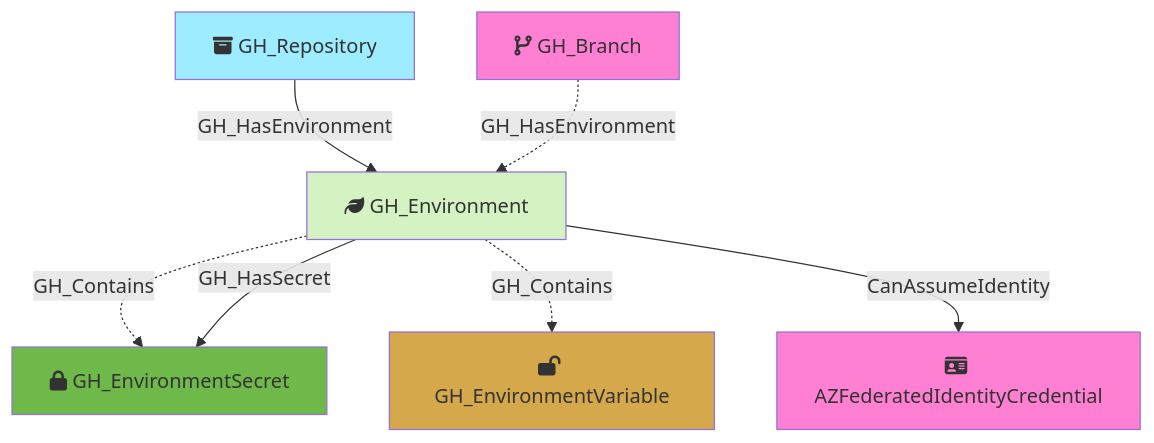
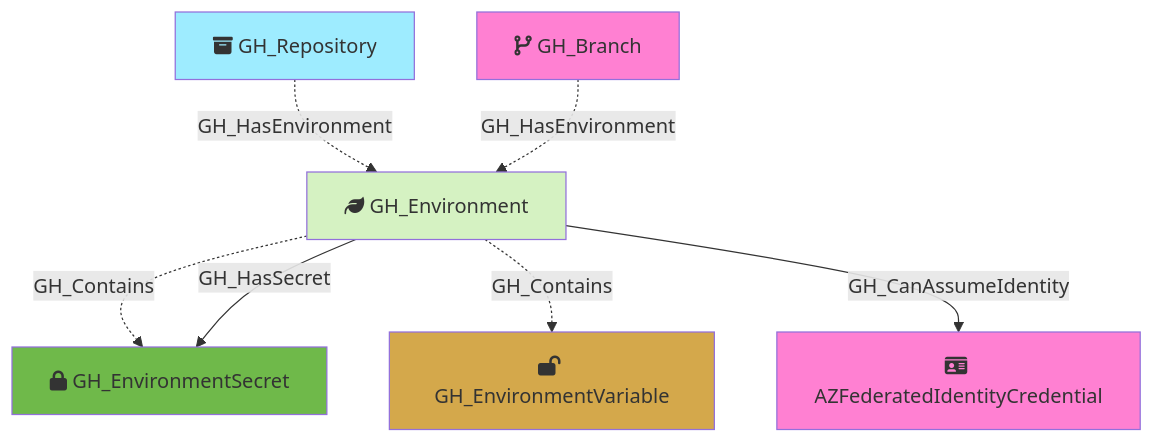
Before and after one commit to SpecterOps/GitHound: the diagram in Documentation/NodeDescriptions/GH_Environment.md, drawn with Mermaid. The commit also changed other lines of this file and 45 other files, not shown here.

````diff
--- a/Documentation/NodeDescriptions/GH_Environment.md
+++ b/Documentation/NodeDescriptions/GH_Environment.md
@@ -42,23 +42,23 @@
 ```mermaid
 flowchart TD
     GH_Environment[fa:fa-leaf GH_Environment]
     GH_Repository[fa:fa-box-archive GH_Repository]
     GH_Branch[fa:fa-code-branch GH_Branch]
     GH_EnvironmentSecret[fa:fa-lock GH_EnvironmentSecret]
     GH_EnvironmentVariable[fa:fa-lock-open GH_EnvironmentVariable]
     AZFederatedIdentityCredential[fa:fa-id-card AZFederatedIdentityCredential]
 
     style GH_Environment fill:#D5F2C2
     style GH_Repository fill:#9EECFF
     style GH_Branch fill:#FF80D2
     style GH_EnvironmentSecret fill:#6FB94A
     style GH_EnvironmentVariable fill:#D4A84B
     style AZFederatedIdentityCredential fill:#FF80D2
 
-    GH_Repository -->|GH_HasEnvironment| GH_Environment
+    GH_Repository -.->|GH_HasEnvironment| GH_Environment
     GH_Branch -.->|GH_HasEnvironment| GH_Environment
     GH_Environment -.->|GH_Contains| GH_EnvironmentSecret
     GH_Environment -.->|GH_Contains| GH_EnvironmentVariable
     GH_Environment -->|GH_HasSecret| GH_EnvironmentSecret
-    GH_Environment -->|CanAssumeIdentity| AZFederatedIdentityCredential
+    GH_Environment -->|GH_CanAssumeIdentity| AZFederatedIdentityCredential
 ```
````
